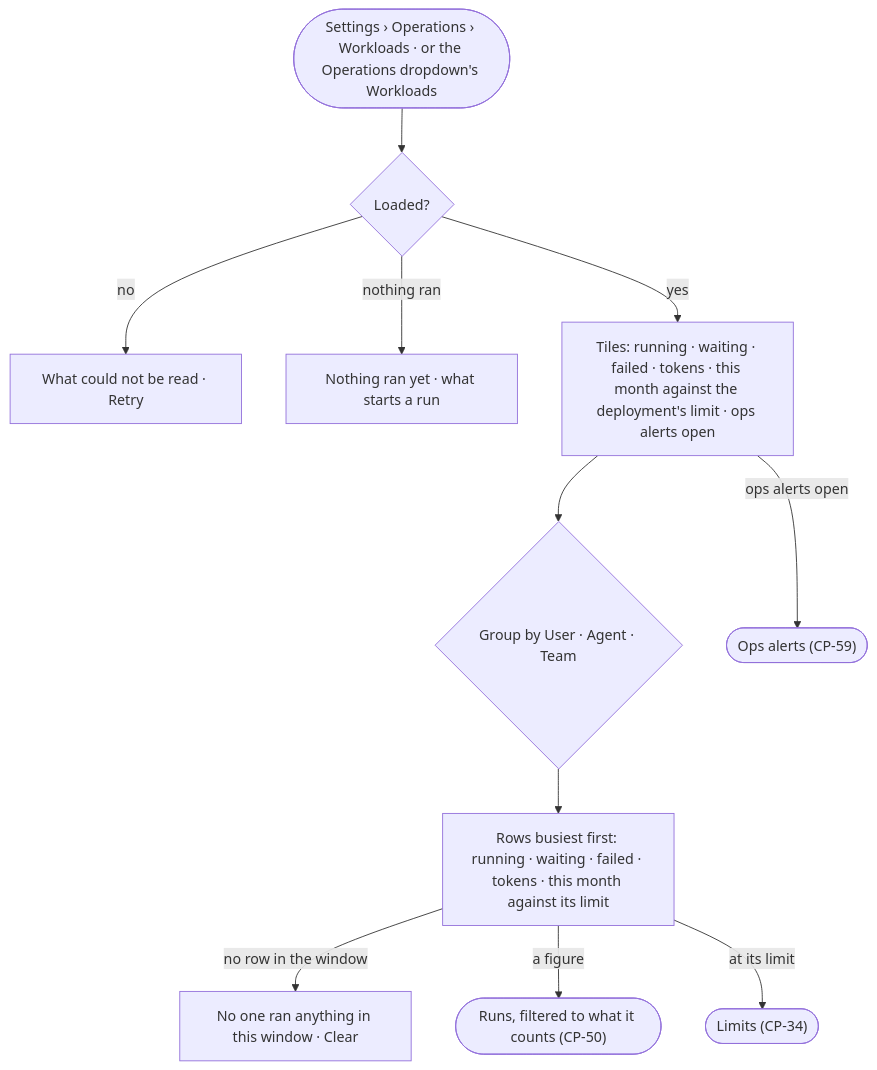
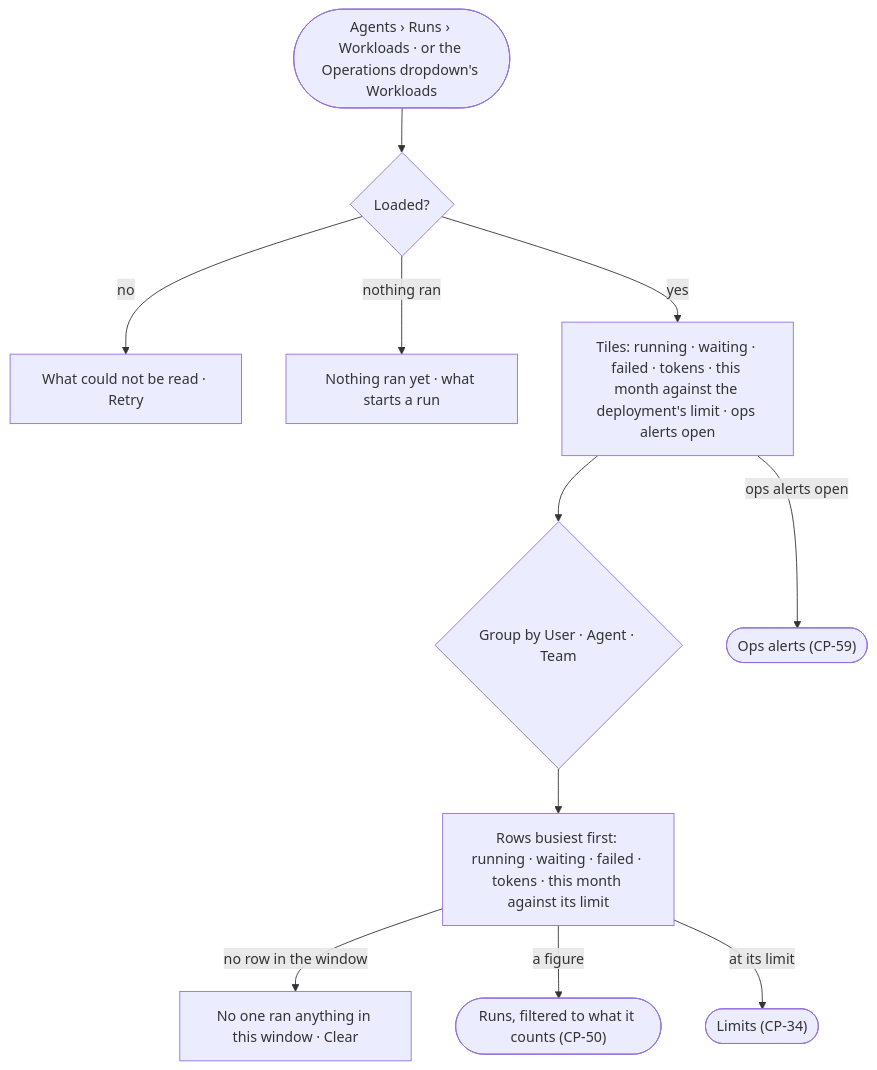
One commit to invana/invana changed the diagram in specs/os/control/features/CP-F09-overview/stories/CP-47-see-workloads-by-user-agent-and-team/story.md. Above: the diagram before and after it, drawn with Mermaid. The commit also changed 133 other files, not shown here.

````diff
--- a/specs/os/control/features/CP-F09-overview/stories/CP-47-see-workloads-by-user-agent-and-team/story.md
+++ b/specs/os/control/features/CP-F09-overview/stories/CP-47-see-workloads-by-user-agent-and-team/story.md
@@ -27,13 +27,13 @@
 ```mermaid
 flowchart TD
-  s([Settings › Operations › Workloads · or the Operations dropdown's Workloads]) --> l{"Loaded?"}
+  s([Agents › Runs › Workloads · or the Operations dropdown's Workloads]) --> l{"Loaded?"}
   l -->|no| f["What could not be read · Retry"]
   l -->|nothing ran| e["Nothing ran yet · what starts a run"]
   l -->|yes| t["Tiles: running · waiting · failed · tokens · this month against the deployment's limit · ops alerts open"]
   t --> g{"Group by User · Agent · Team"}
   g --> r["Rows busiest first: running · waiting · failed · tokens · this month against its limit"]
   r -->|no row in the window| em["No one ran anything in this window · Clear"]
   r -->|a figure| runs(["Runs, filtered to what it counts (CP-50)"])
   t -->|ops alerts open| al(["Ops alerts (CP-59)"])
   r -->|at its limit| lim(["Limits (CP-34)"])
 ```
````
